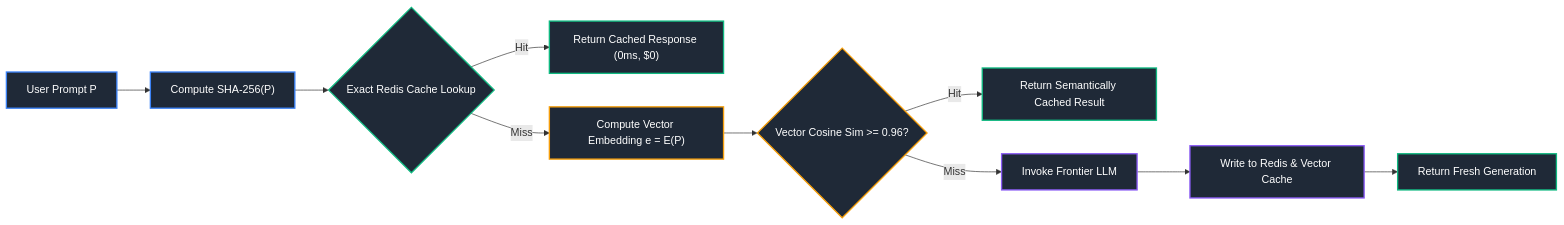
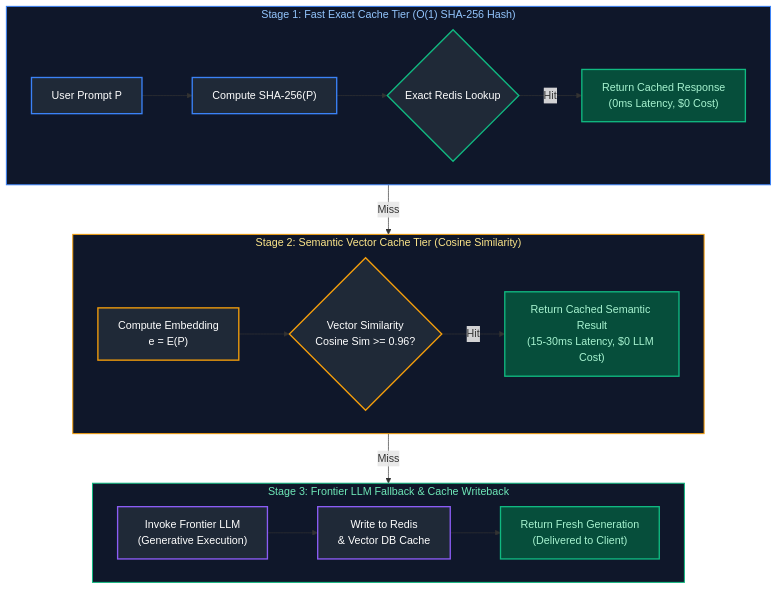
One commit to joydeep-biswas/Interview-Preparation changed the third of 3 diagrams in AI Engineering/04_llm_application_engineering.md. Above: the diagram before and after it, drawn with Mermaid. The commit also changed other lines of this file and 76 other files, not shown here.

Commit message:
Updated Charts

````diff
--- a/AI Engineering/04_llm_application_engineering.md
+++ b/AI Engineering/04_llm_application_engineering.md
@@ -567,23 +585,39 @@
 ```mermaid
-flowchart LR
-    Prompt["User Prompt P"] --> Hash["Compute SHA-256(P)"]
-    Hash --> RedisExact{"Exact Redis Cache Lookup"}
-    RedisExact -- Hit --> ReturnDirect["Return Cached Response (0ms, $0)"]
-    RedisExact -- Miss --> Embed["Compute Vector Embedding e = E(P)"]
-    Embed --> VectorDB{"Vector Cosine Sim >= 0.96?"}
-    VectorDB -- Hit --> ReturnSemantic["Return Semantically Cached Result"]
-    VectorDB -- Miss --> LLM["Invoke Frontier LLM"]
-    LLM --> StoreCache["Write to Redis & Vector Cache"]
-    StoreCache --> ReturnFresh["Return Fresh Generation"]
+flowchart TD
+    subgraph Stage1 ["Stage 1: Fast Exact Cache Tier (O(1) SHA-256 Hash)"]
+        direction LR
+        Prompt["User Prompt P"] --> Hash["Compute SHA-256(P)"]
+        Hash --> RedisExact{"Exact Redis Lookup"}
+        RedisExact -- Hit --> ReturnDirect["Return Cached Response<br/>(0ms Latency, $0 Cost)"]
+    end
+
+    subgraph Stage2 ["Stage 2: Semantic Vector Cache Tier (Cosine Similarity)"]
+        direction LR
+        Embed["Compute Embedding<br/>e = E(P)"] --> VectorDB{"Vector Similarity<br/>Cosine Sim >= 0.96?"}
+        VectorDB -- Hit --> ReturnSemantic["Return Cached Semantic Result<br/>(15-30ms Latency, $0 LLM Cost)"]
+    end
+
+    subgraph Stage3 ["Stage 3: Frontier LLM Fallback & Cache Writeback"]
+        direction LR
+        LLM["Invoke Frontier LLM<br/>(Generative Execution)"] --> StoreCache["Write to Redis<br/>& Vector DB Cache"]
+        StoreCache --> ReturnFresh["Return Fresh Generation<br/>(Delivered to Client)"]
+    end
+
+    RedisExact -- Miss --> Embed
+    VectorDB -- Miss --> LLM
+
+    style Stage1 fill:#0f172a,stroke:#3b82f6,stroke-width:1.5px,color:#93c5fd
+    style Stage2 fill:#0f172a,stroke:#f59e0b,stroke-width:1.5px,color:#fde68a
+    style Stage3 fill:#0f172a,stroke:#10b981,stroke-width:1.5px,color:#6ee7b7
 
     style Prompt fill:#1f2937,stroke:#3b82f6,stroke-width:2px,color:#fff
     style Hash fill:#1f2937,stroke:#3b82f6,stroke-width:2px,color:#fff
     style RedisExact fill:#1f2937,stroke:#10b981,stroke-width:2px,color:#fff
-    style ReturnDirect fill:#1f2937,stroke:#10b981,stroke-width:2px,color:#fff
+    style ReturnDirect fill:#064e3b,stroke:#10b981,stroke-width:2px,color:#a7f3d0
     style Embed fill:#1f2937,stroke:#f59e0b,stroke-width:2px,color:#fff
     style VectorDB fill:#1f2937,stroke:#f59e0b,stroke-width:2px,color:#fff
-    style ReturnSemantic fill:#1f2937,stroke:#10b981,stroke-width:2px,color:#fff
+    style ReturnSemantic fill:#064e3b,stroke:#10b981,stroke-width:2px,color:#a7f3d0
     style LLM fill:#1f2937,stroke:#8b5cf6,stroke-width:2px,color:#fff
     style StoreCache fill:#1f2937,stroke:#8b5cf6,stroke-width:2px,color:#fff
-    style ReturnFresh fill:#1f2937,stroke:#10b981,stroke-width:2px,color:#fff
+    style ReturnFresh fill:#064e3b,stroke:#10b981,stroke-width:2px,color:#a7f3d0
 ```
````
